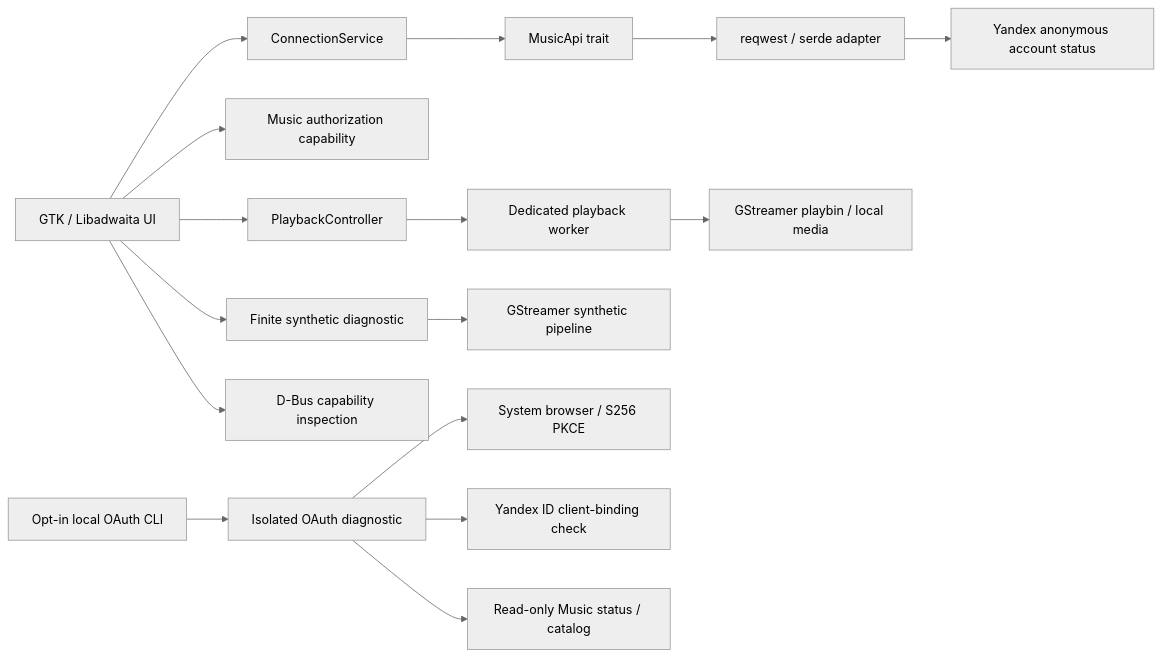
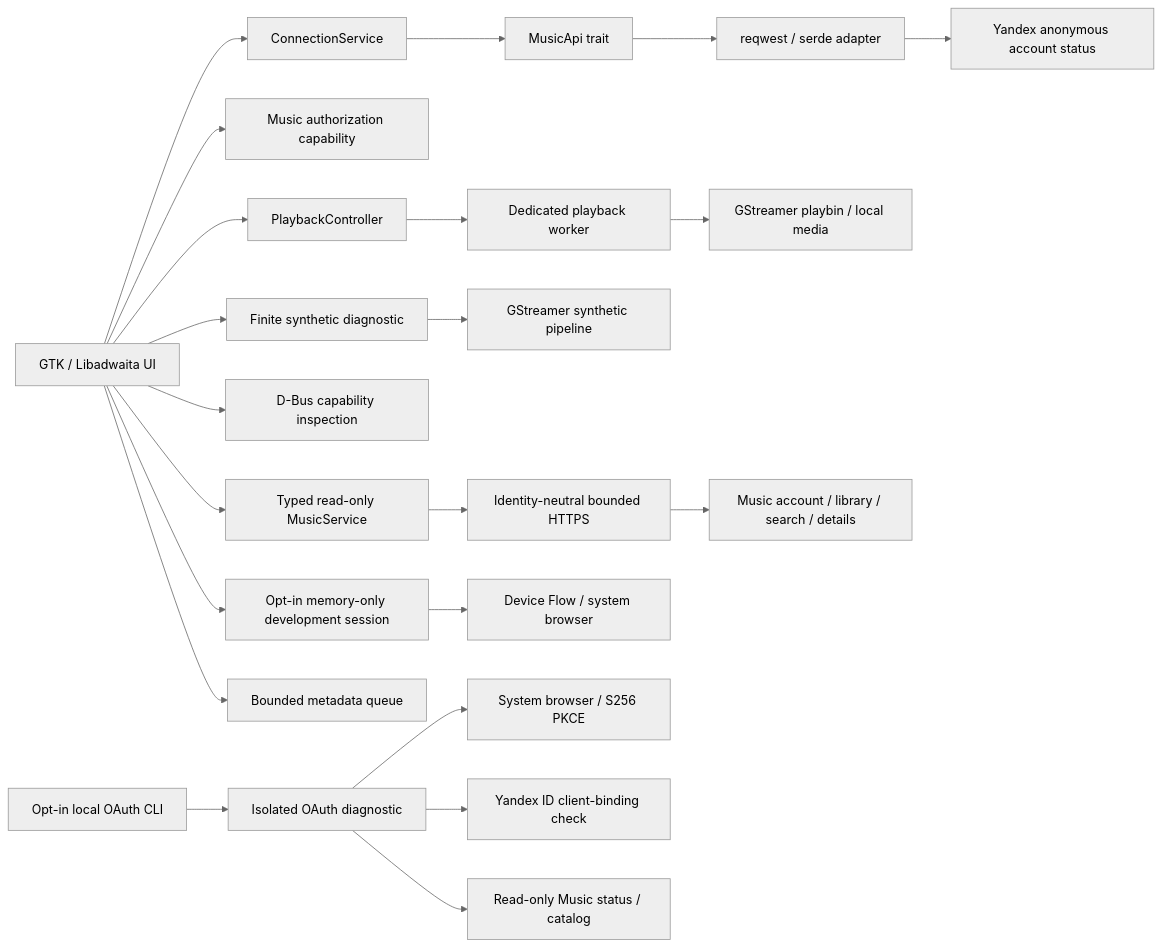
One commit to tracerxbrhd/karin changed the diagram in docs/ARCHITECTURE.md. Above: the diagram before and after it, drawn with Mermaid (neutral theme). The commit also changed other lines of this file and 20 other files, not shown here.

Commit message:
Document service gates and native Music UI validation

````diff
--- a/docs/ARCHITECTURE.md
+++ b/docs/ARCHITECTURE.md
@@ -8,18 +8,24 @@
 ```mermaid
 flowchart LR
   UI[GTK / Libadwaita UI] --> Service[ConnectionService]
   Service --> Boundary[MusicApi trait]
   Boundary --> API[reqwest / serde adapter]
   API --> Remote[Yandex anonymous account status]
   UI --> Capability[Music authorization capability]
   UI --> Player[PlaybackController]
   Player --> Worker[Dedicated playback worker]
   Worker --> Playbin[GStreamer playbin / local media]
   UI --> Audio[Finite synthetic diagnostic]
   Audio --> GST[GStreamer synthetic pipeline]
   UI --> Platform[D-Bus capability inspection]
+  UI --> MusicService[Typed read-only MusicService]
+  MusicService --> MusicHTTP[Identity-neutral bounded HTTPS]
+  MusicHTTP --> MusicREST[Music account / library / search / details]
+  UI --> Session[Opt-in memory-only development session]
+  Session --> Device[Device Flow / system browser]
+  UI --> Queue[Bounded metadata queue]
   CLI[Opt-in local OAuth CLI] --> OAuth[Isolated OAuth diagnostic]
   OAuth --> Browser[System browser / S256 PKCE]
   OAuth --> ID[Yandex ID client-binding check]
   OAuth --> Music[Read-only Music status / catalog]
 ```
````
